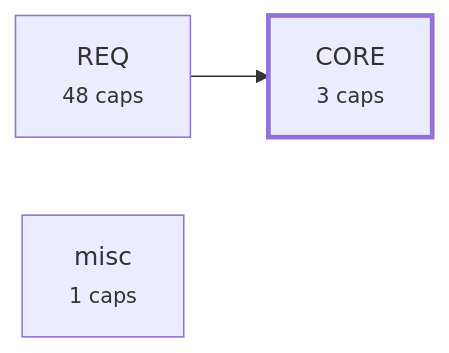
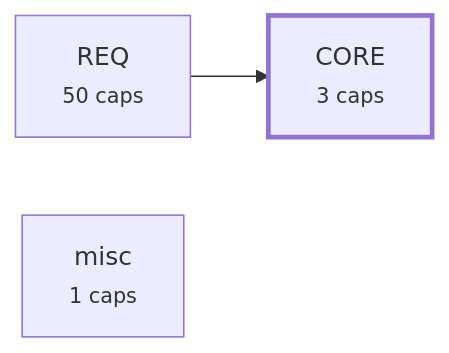
One commit to alxmax/Requirement-manager changed the third of 4 diagrams in plugin/requirements/_map.md. Above: the diagram before and after it, drawn with Mermaid. The commit also changed other lines of this file and 13 other files, not shown here.

````diff
--- a/plugin/requirements/_map.md
+++ b/plugin/requirements/_map.md
@@ -445,8 +461,8 @@
 ```mermaid
 graph LR
   a_CORE["CORE<br><small>3 caps</small>"]
-  a_REQ["REQ<br><small>48 caps</small>"]
+  a_REQ["REQ<br><small>50 caps</small>"]
   a_misc["misc<br><small>1 caps</small>"]
   a_REQ --> a_CORE
   style a_CORE stroke-width:3px
 ```
````
